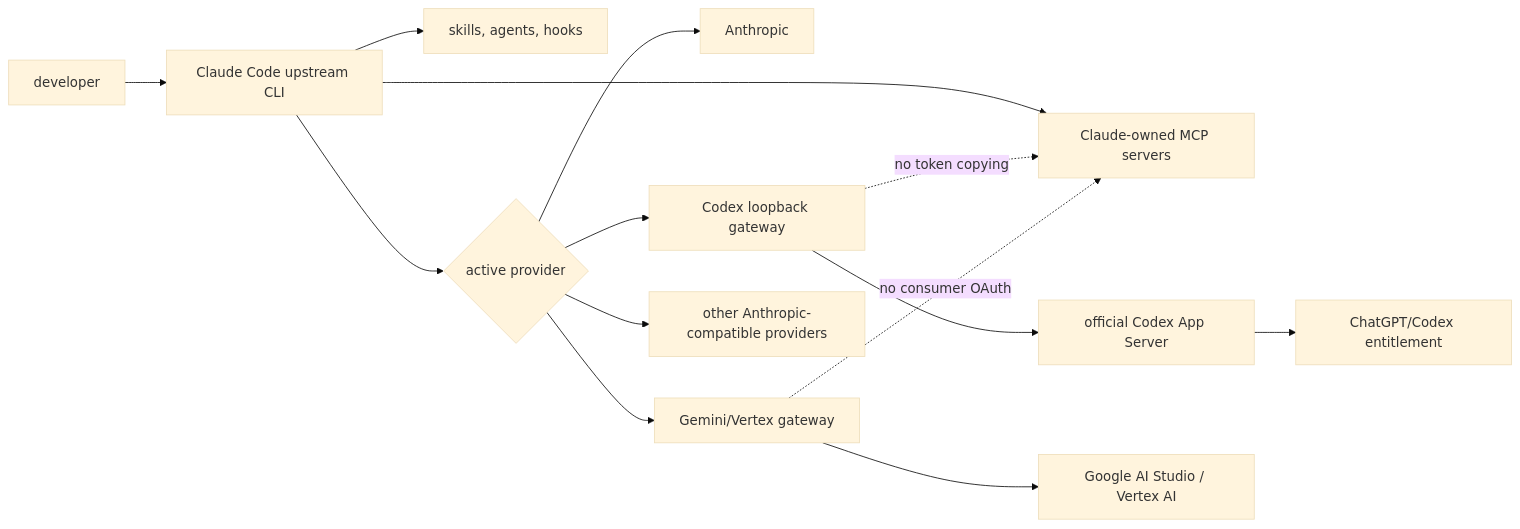
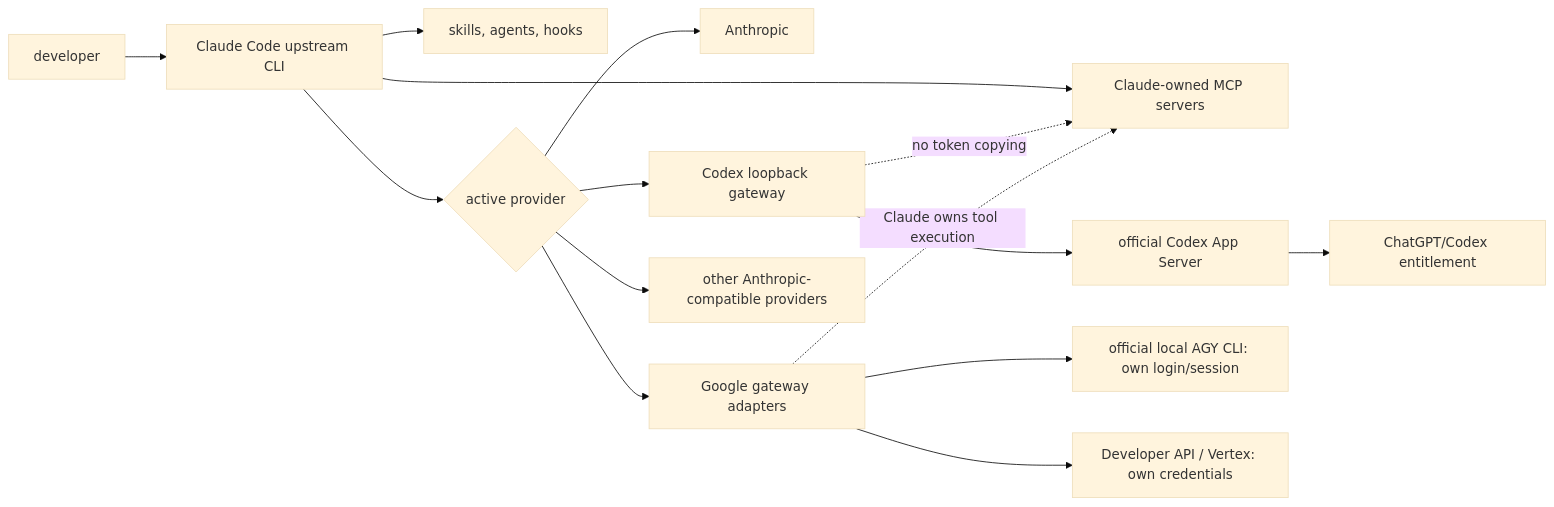
Before and after one commit to furkankoykiran/.claude: the first of 2 diagrams in README.md, drawn with Mermaid (base theme). The commit also changed other lines of this file and 20 other files, not shown here.

Commit message:
fix(providers)!: separate native AGY from credential-gated Gemini

````diff
--- a/README.md
+++ b/README.md
@@ -117,16 +124,17 @@
 ```mermaid
 flowchart LR
   U["developer"] --> CC["Claude Code upstream CLI"]
   CC --> S["skills, agents, hooks"]
   CC --> MCP["Claude-owned MCP servers"]
   P{"active provider"} --> A["Anthropic"]
   P --> C["Codex loopback gateway"]
-  P --> G["Gemini/Vertex gateway"]
+  P --> G["Google gateway adapters"]
   P --> O["other Anthropic-compatible providers"]
   CC --> P
   C --> APP["official Codex App Server"]
   APP --> CHATGPT["ChatGPT/Codex entitlement"]
-  G --> GEMINI["Google AI Studio / Vertex AI"]
+  G --> AGY["official local AGY CLI: own login/session"]
+  G --> GEMINI["Developer API / Vertex: own credentials"]
   C -. "no token copying" .-> MCP
-  G -. "no consumer OAuth" .-> MCP
+  G -. "Claude owns tool execution" .-> MCP
 ```
````
